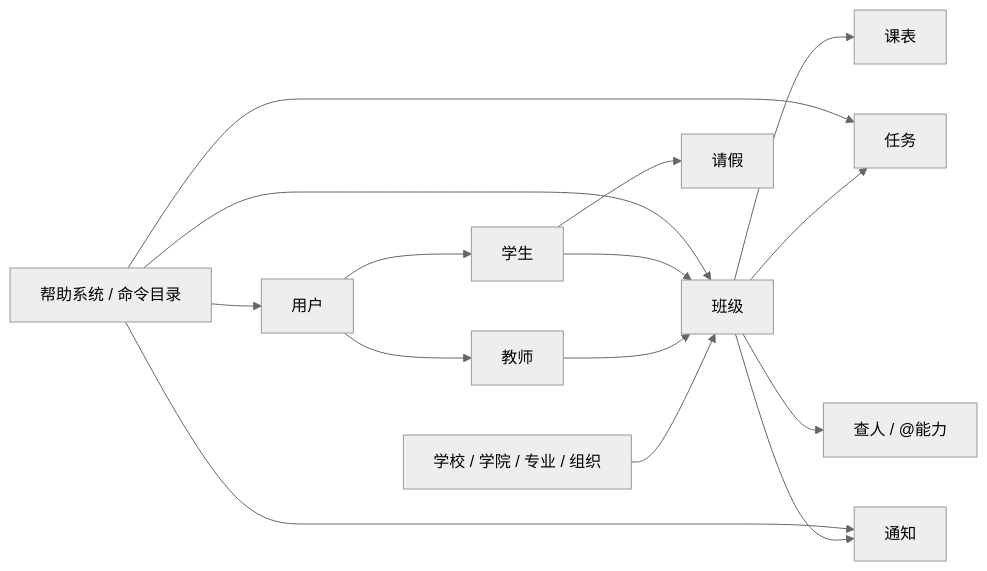
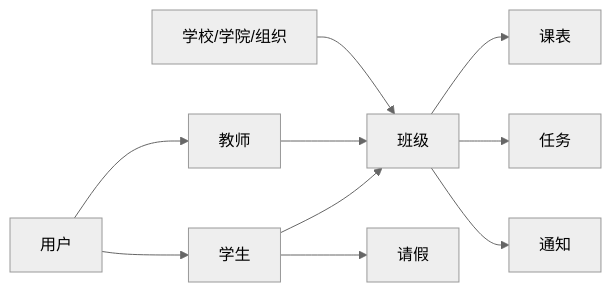
Before and after one commit to ClassRobot/ClassRobot: the third of 5 diagrams in docs/architecture/architecture-views.md, drawn with Mermaid (neutral theme). The commit also changed other lines of this file and 47 other files, not shown here.

First line of the commit message:
feat: implement file manager service with isolated user and group file spaces

````diff
--- a/docs/architecture/architecture-views.md
+++ b/docs/architecture/architecture-views.md
@@ -113,20 +74,12 @@
 ```mermaid
 flowchart LR
     User["用户"] --> Teacher["教师"]
     User --> Student["学生"]
-
-    Group["学校 / 学院 / 专业 / 组织"] --> Classes["班级"]
+    Group["学校/学院/组织"] --> Classes["班级"]
     Teacher --> Classes
     Student --> Classes
-
     Classes --> Curriculum["课表"]
     Classes --> Tasks["任务"]
     Classes --> Notice["通知"]
-    Classes --> FindAt["查人 / @能力"]
     Student --> Leave["请假"]
-
-    Helper["帮助系统 / 命令目录"] --> User
-    Helper --> Classes
-    Helper --> Tasks
-    Helper --> Notice
 ```
````
